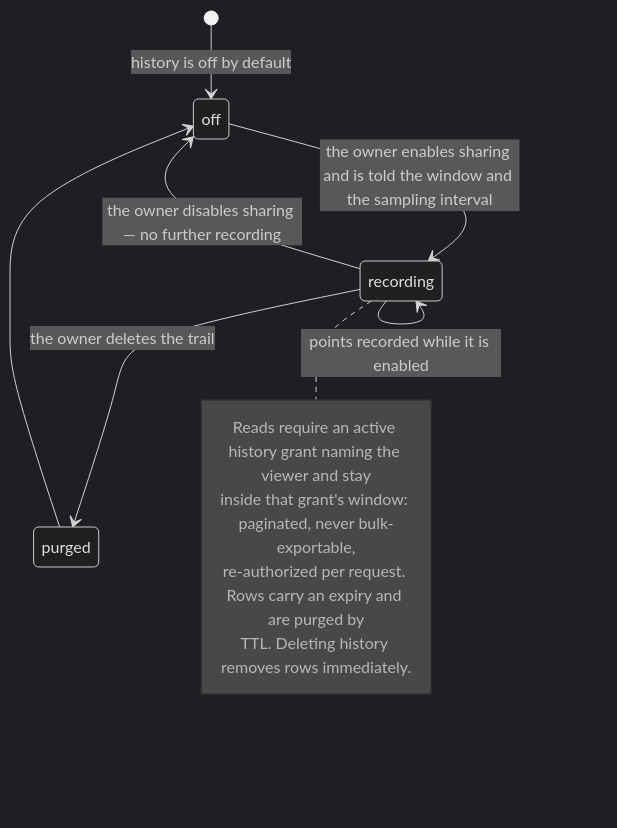
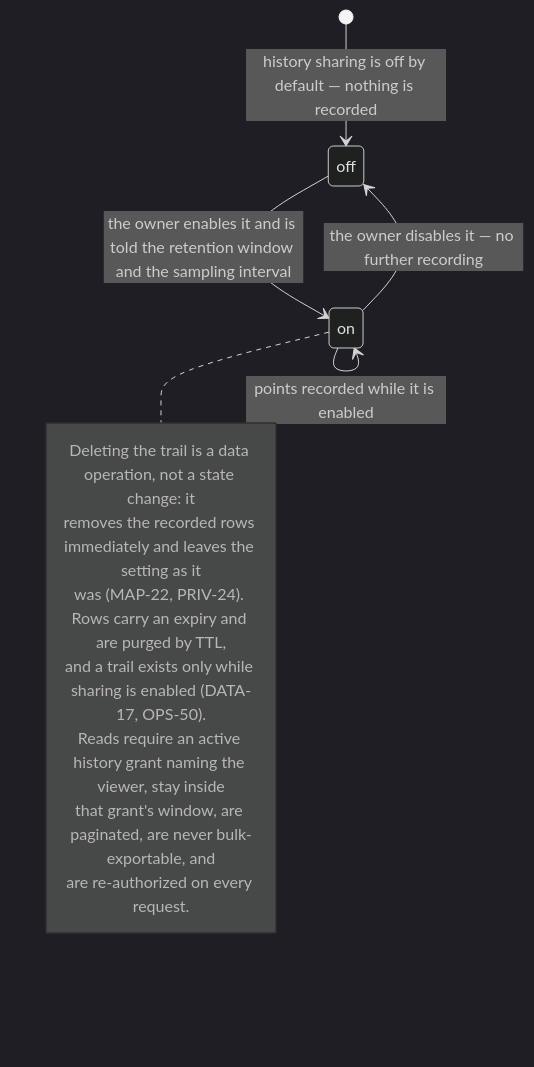
Before and after one commit to komeilm76/boro_biya: the eighth of 16 diagrams in docs/DIAGRAMS.md, drawn with Mermaid (dark theme). The commit also changed other lines of this file and 8 other files, not shown here.

````diff
--- a/docs/DIAGRAMS.md
+++ b/docs/DIAGRAMS.md
@@ -198,15 +203,16 @@
 ```mermaid
 stateDiagram-v2
-  [*] --> off : history is off by default
-  off --> recording : the owner enables sharing and is told the window and the sampling interval
-  recording --> recording : points recorded while it is enabled
-  recording --> off : the owner disables sharing — no further recording
-  recording --> purged : the owner deletes the trail
-  purged --> off
-  note right of recording
-    Reads require an active history grant naming the viewer and stay
-    inside that grant's window: paginated, never bulk-exportable,
-    re-authorized per request. Rows carry an expiry and are purged by
-    TTL. Deleting history removes rows immediately.
+  [*] --> off : history sharing is off by default — nothing is recorded
+  off --> on : the owner enables it and is told the retention window and the sampling interval
+  on --> on : points recorded while it is enabled
+  on --> off : the owner disables it — no further recording
+  note right of on
+    Deleting the trail is a data operation, not a state change: it
+    removes the recorded rows immediately and leaves the setting as it
+    was (MAP-22, PRIV-24). Rows carry an expiry and are purged by TTL,
+    and a trail exists only while sharing is enabled (DATA-17, OPS-50).
+    Reads require an active history grant naming the viewer, stay inside
+    that grant's window, are paginated, are never bulk-exportable, and
+    are re-authorized on every request.
   end note
 ```
````
